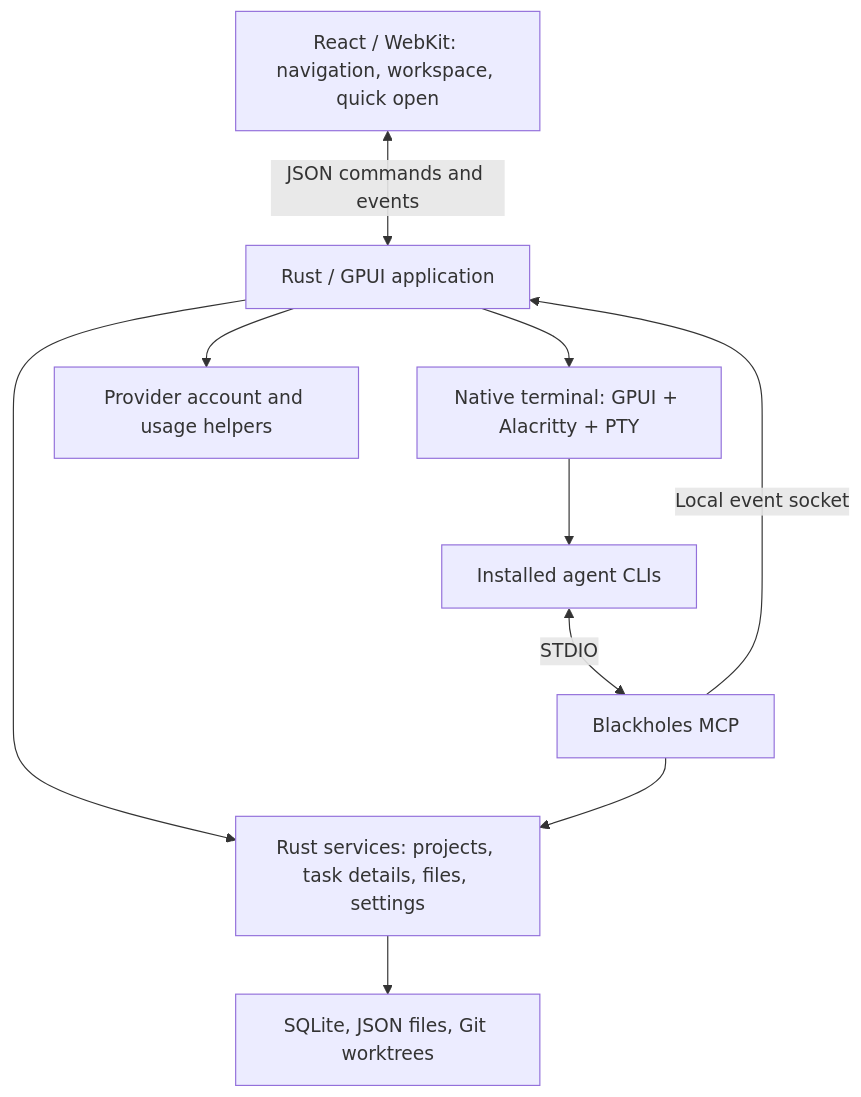
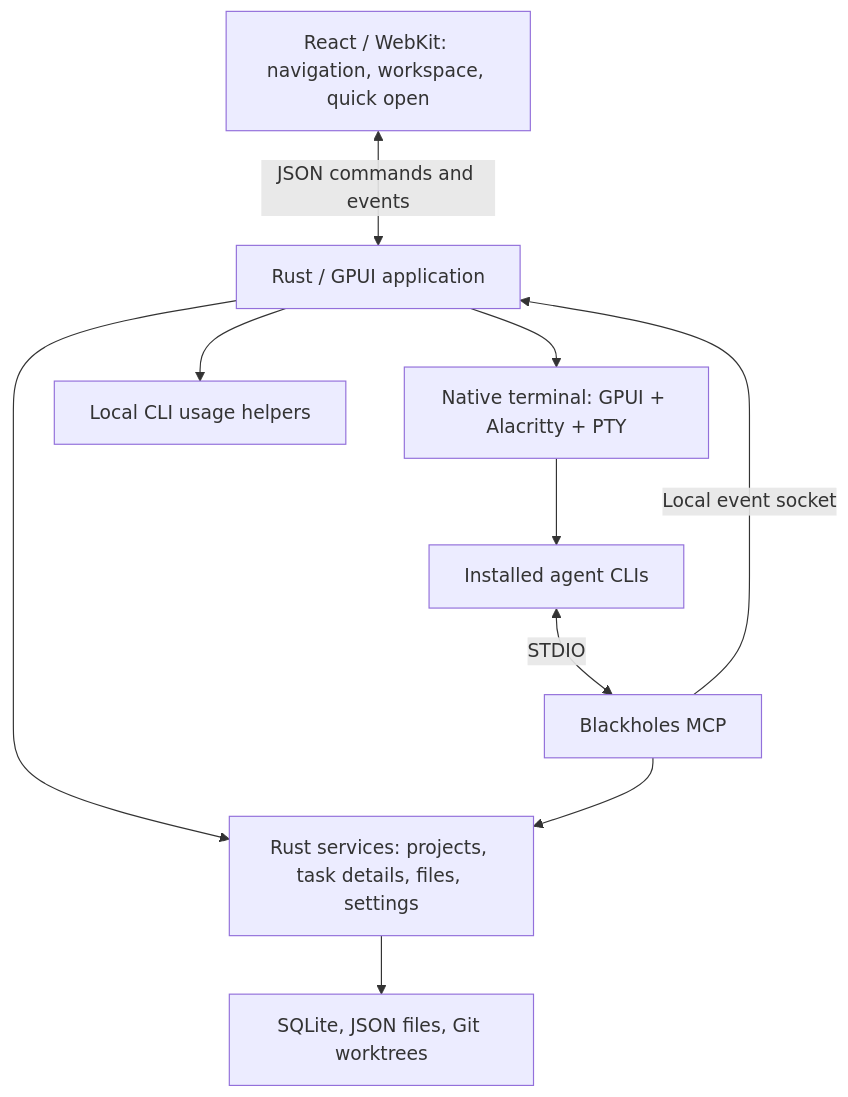
One commit to andygeek/blackholes changed the diagram in docs/ARCHITECTURE.md. Above: the diagram before and after it, drawn with Mermaid. The commit also changed other lines of this file and 30 other files, not shown here.

````diff
--- a/docs/ARCHITECTURE.md
+++ b/docs/ARCHITECTURE.md
@@ -7,12 +7,12 @@
 ```mermaid
 flowchart TD
     UI["React / WebKit: navigation, workspace, quick open"] <-->|JSON commands and events| App["Rust / GPUI application"]
     App --> Services["Rust services: projects, task details, files, settings"]
     Services --> Data["SQLite, JSON files, Git worktrees"]
     App --> Terminal["Native terminal: GPUI + Alacritty + PTY"]
     Terminal --> Providers["Installed agent CLIs"]
-    App --> Usage["Provider account and usage helpers"]
+    App --> Usage["Local CLI usage helpers"]
     Providers <-->|STDIO| MCP["Blackholes MCP"]
     MCP --> Services
     MCP -->|Local event socket| App
 ```
````
